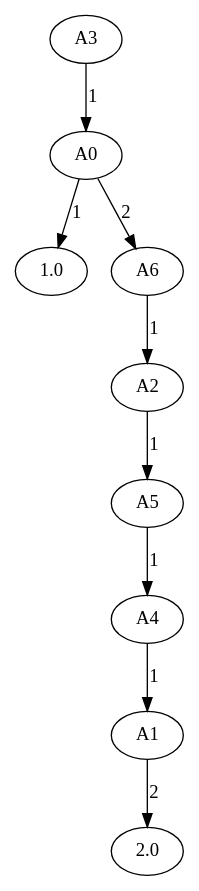
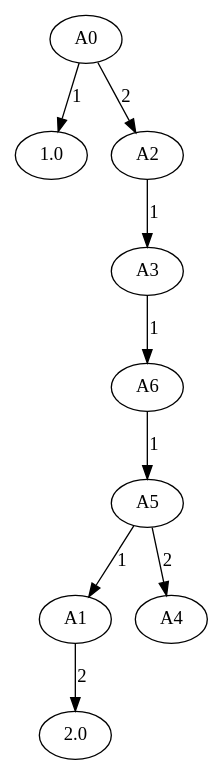
One commit to oyssolbo/TDT4171 changed the diagram in Assignments/A4/data/results/data/tree/Random importance id=1.gv. Above: the diagram before and after it, drawn with Graphviz. The commit also changed 30 other files, not shown here.

```diff
--- a/Assignments/A4/data/results/data/tree/Random importance id=1.gv
+++ b/Assignments/A4/data/results/data/tree/Random importance id=1.gv
@@ -1,20 +1,20 @@
 // Random importance
 digraph {
-	3 [label=A3]
 	0 [label=A0]
-	3 -> 0 [label=1]
 	1.0 [label=1.0]
 	0 -> 1.0 [label=1]
+	2 [label=A2]
+	0 -> 2 [label=2]
+	3 [label=A3]
+	2 -> 3 [label=1]
 	6 [label=A6]
-	0 -> 6 [label=2]
-	2 [label=A2]
-	6 -> 2 [label=1]
+	3 -> 6 [label=1]
 	5 [label=A5]
-	2 -> 5 [label=1]
-	4 [label=A4]
-	5 -> 4 [label=1]
+	6 -> 5 [label=1]
 	1 [label=A1]
-	4 -> 1 [label=1]
+	5 -> 1 [label=1]
 	2.0 [label=2.0]
 	1 -> 2.0 [label=2]
+	4 [label=A4]
+	5 -> 4 [label=2]
 }
```
